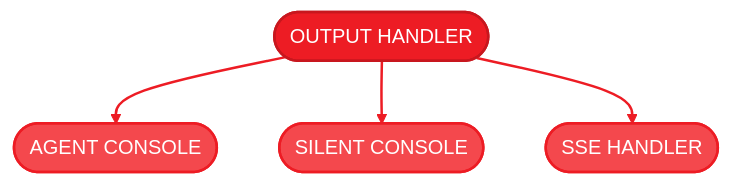
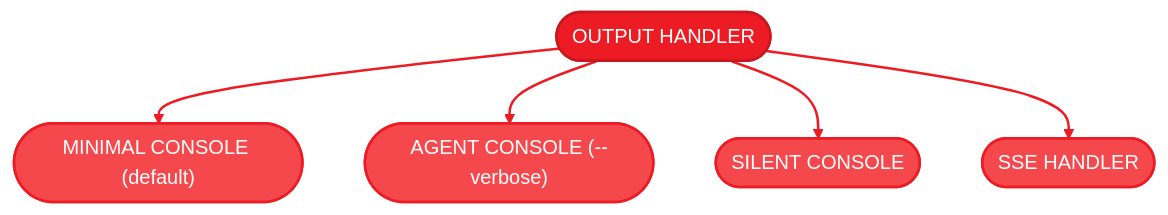
One commit to amd/gaia changed the diagram in docs/spec/console.mdx. Above: the diagram before and after it, drawn with Mermaid. The commit also changed other lines of this file and 10 other files, not shown here.

First line of the commit message:
Fix verbose flag wiring, console interface gaps, and update documentation

````diff
--- a/docs/spec/console.mdx
+++ b/docs/spec/console.mdx
@@ -32,14 +32,16 @@
 ```mermaid
 %%{init: {'theme':'base', 'themeVariables': { 'primaryColor':'#ED1C24', 'primaryTextColor':'#fff', 'primaryBorderColor':'#C8171E', 'lineColor':'#F4484D', 'secondaryColor':'#2d2d2d', 'tertiaryColor':'#f5f5f5', 'fontFamily': 'system-ui, -apple-system, sans-serif'}}}%%
 flowchart TD
-    A(["OUTPUT HANDLER"]) --> B(["AGENT CONSOLE"])
+    A(["OUTPUT HANDLER"]) --> B(["MINIMAL CONSOLE (default)"])
+    A --> E(["AGENT CONSOLE (--verbose)"])
     A --> C(["SILENT CONSOLE"])
     A --> D(["SSE HANDLER"])
 
     style A fill:#ED1C24,stroke:#C8171E,stroke-width:2px,color:#fff
     style B fill:#F4484D,stroke:#ED1C24,stroke-width:2px,color:#fff
+    style E fill:#F4484D,stroke:#ED1C24,stroke-width:2px,color:#fff
     style C fill:#F4484D,stroke:#ED1C24,stroke-width:2px,color:#fff
     style D fill:#F4484D,stroke:#ED1C24,stroke-width:2px,color:#fff
 
-    linkStyle 0,1,2 stroke:#ED1C24,stroke-width:2px
+    linkStyle 0,1,2,3 stroke:#ED1C24,stroke-width:2px
 ```
````
